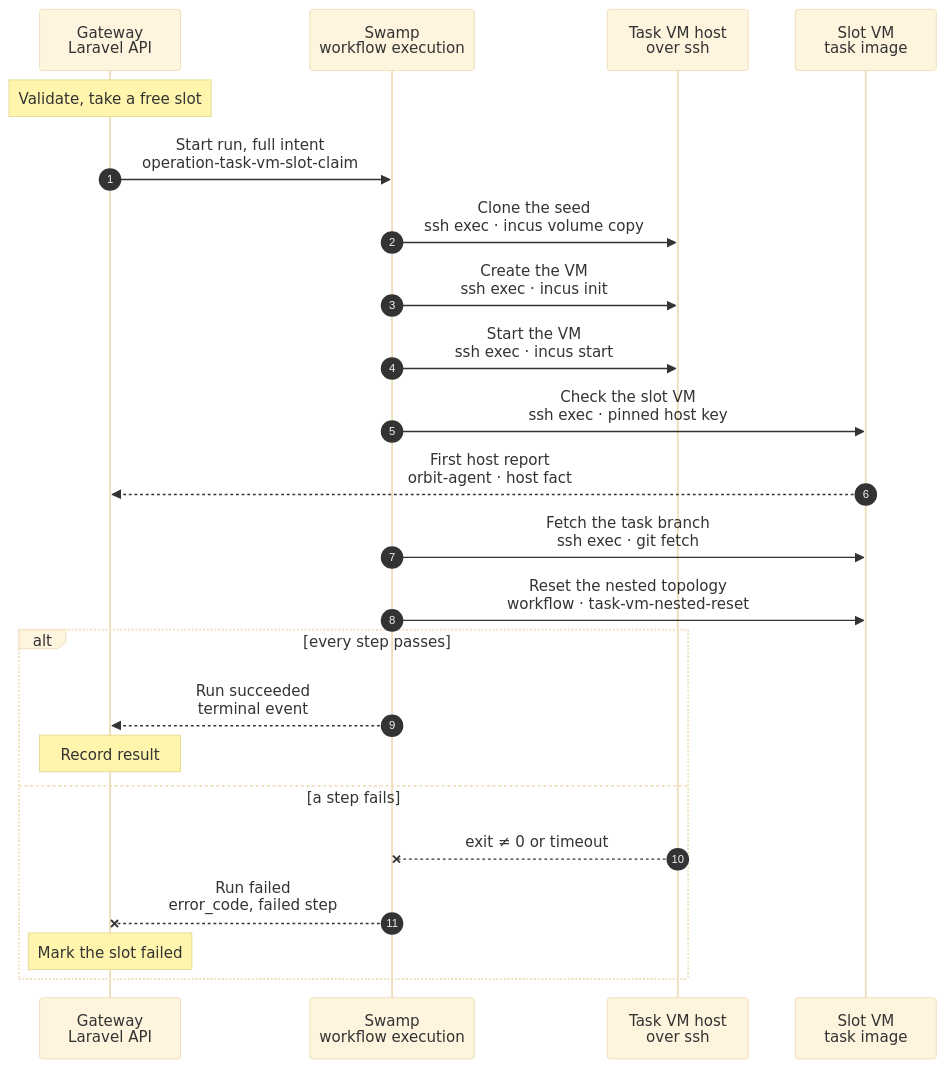
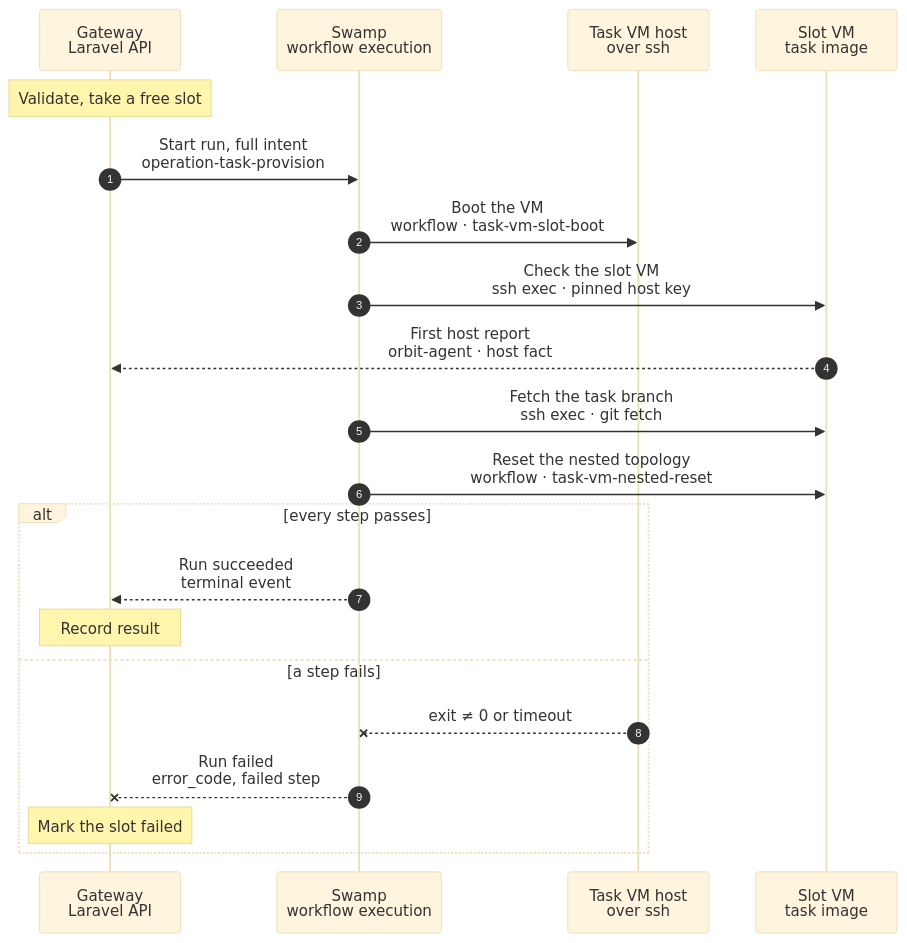
The diagram in docs/cli/tasks/vm-slot-claim.mmd (hardimpactdev/orbit), drawn with Mermaid (base theme) before and after one commit. The commit also changed 16 other files, not shown here.

First line of the commit message:
feat(task-vm): claim a task VM slot (B6 M4)

```diff
--- a/docs/cli/tasks/vm-slot-claim.mmd
+++ b/docs/cli/tasks/vm-slot-claim.mmd
@@ -1,112 +1,114 @@
 sequenceDiagram
   %% Target design: B6 slot design (migration-dashboard/drafts/task-vm-slots.md, M1), docs/reference/compute-drivers.md (Task VM slots), docs/reference/task-vm-native-provision.md, DECISIONS R1-R4.
-  %% Tightened: flow-tighten rules 1, 2, 3, 6, 9, 14, 15, 16, 20, 22 (enrolment, hub peer, keys and model key are gone from the claim; the VM steps are native argvs; one ready check that waits for the identity unit; the nested topology is one call to a shared workflow).
+  %% Tightened: flow-tighten rules 1, 2, 3, 6, 9, 14, 15, 16, 20, 22, 27 (enrolment, hub peer, keys and model key are gone from the claim; the VM steps are the boot workflow that the enrolment's proof VM uses; one ready check that waits for the identity unit; the nested topology is one call to a shared workflow).
+  %% Changed in M4: the claim is a child workflow of the task's own `tasks.provision` run, as `task-vm-provision` is; the boot is one call to `task-vm-slot-boot` (rule 27); the claim removes the slot Node's old facts; the fetch takes the start commit.
   %% status: reviewed
   %% command: none · task VM claim for a task
   %% kind: task_vm.slot_claim
   autonumber
   %% lane GW icon=gateway pill=intent tone=blue
   %% lane SW icon=workflow pill=executes tone=green
   %% lane H icon=server pill=target tone=amber
   %% lane VM icon=server pill=target tone=purple
   participant GW as Gateway<br/>Laravel API
   participant SW as Swamp<br/>workflow execution
   participant H as Task VM host<br/>over ssh
   participant VM as Slot VM<br/>task image
   Note over GW: Validate, take a free slot
   %%> Started by:
   %%> - the `tasks:provision` flow, as its first step
   %%> - there is no CLI command of its own
   %%> Requirements:
   %%> - an active task VM host has a `free` slot
   %%> - the task has no other slot
+  %%> - the host is listed in `task_vms.slot_claim_hosts` (none is by default); any other host enrols a new VM for the task, as before
   %%> - one SQLite transaction takes the slot, so two claims never get the same one
   %%> Chooses:
   %%> - the host with the most free slots, then its lowest-numbered free slot
   %%> - the current task image, or the one-day fallback image
+  %%> - a host that claims slots never creates a VM of its own; a host that does not claim slots is used only when no claiming host has a free slot
   %%> Result:
   %%> - the slot becomes `provisioning` and records the task, `claimed_at` and the image
   %%> - no Node, address, token or key is made: the slot already has them
+  %%> - the slot Node's old agent facts are removed in the same transaction (an unchanged report is never rewritten, so an old fact would stay)
   %%> - a task is recorded with the full intent
   %%> When it waits:
   %%> - no host has a free slot: the task waits (`capacity`) and starts when a slot is released
-  GW->>SW: Start run, full intent<br/>operation-task-vm-slot-claim
+  GW->>SW: Start run, full intent<br/>operation-task-provision
+  %%> Why this run:
+  %%> - the claim is the child workflow `task-vm-slot-claim`; the run's workspace steps follow it, as they follow `task-vm-provision`
   %%> Inputs:
   %%> - the slot name, host, project and pool
   %%> - the image fingerprint, the seed volume names and the resource limits
   %%> - the static bridge address and the fixed MAC
   %%> - the pinned observer and Pi digests
   %%> - the task branch and its commit
   %%> Secrets:
   %%> - none travel in this run; the identity volume on the host holds them
-  SW->>H: Clone the seed<br/>ssh exec · incus volume copy
-  %%> How:
-  %%> - one argv: copy the image's topology seed to `HOST-tvm-N-topology-seed`
-  %%> - the seed holds the three stopped nested VMs (gateway, app-dev, app-prod)
-  %%> - an existing clone is kept
-  SW->>H: Create the VM<br/>ssh exec · incus init
+  SW->>H: Boot the VM<br/>workflow · task-vm-slot-boot
   %%> What it does:
-  %%> - one argv with the instance config on stdin
-  %%> - the task image, the seed clone, the identity volume as a read-only disk at `/opt/orbit-slot`
-  %%> - the static address, the fixed MAC, the limits and the user data for the account
-  %%> Why one step:
-  %%> - the account metadata and the devices are part of the create (rule 6)
-  SW->>H: Start the VM<br/>ssh exec · incus start
-  %%> How:
-  %%> - one argv; the next step waits for the boot
+  %%> - the boot that an enrolment's proof VM uses, as ssh exec argvs on the host
+  %%> - removes a stale VM and seed clone of the slot (none exists for a free slot)
+  %%> - copies the image's topology seed to `HOST-tvm-N-topology-seed`; the seed holds the three stopped nested VMs (gateway, app-dev, app-prod)
+  %%> - creates the VM with the instance config on stdin: the task image, the seed clone, the identity volume as a read-only disk at `/opt/orbit-slot`, the static address, the fixed MAC, the limits and the user data for the account
+  %%> - starts it, then waits until the guest has its address
   SW->>VM: Check the slot VM<br/>ssh exec · pinned host key
   %%> What it does:
   %%> - runs `systemctl start orbit-slot.target && systemctl is-active --quiet orbit-slot.target`, within the boot allowance, then one command
   %%> - the observer and Pi binaries match their pinned digests
   %%> - the observer answers, and Pi answers its capabilities probe
   %%> Why:
   %%> - the identity unit installs the identity before ssh, WireGuard and the observer start, then reloads systemd and starts the target again; the target starts WireGuard, the observer and the Pi unit of the tree, with no per-VM write
   %%> - the target is bound to WireGuard and Pi, so a failed or skipped start of either fails the target, and a later stop of either takes it down
   %%> - the Incus agent answers about 4 s earlier, so it is not the signal
   %%> - there is no repair: the task image is refreshed after every release, so a digest that differs fails the step
   VM-->>GW: First host report<br/>orbit-agent · host fact
   %%> Why:
   %%> - the Gateway keeps the latest fact per Node, kind and subject
-  %%> - the release removed the old facts, so a newer `host` fact proves the new VM reports
+  %%> - the claim removed the old facts, so a `host` fact received after `claimed_at` proves the new VM reports
   SW->>VM: Fetch the task branch<br/>ssh exec · git fetch
   %%> What it does:
-  %%> - fetches the task's branch onto the checkout baked into the task image
+  %%> - fetches the task's start commit onto the checkout at the workspace path, when the task image holds one
   %%> - only the new commits travel
+  %%> - skipped for a public repository, which needs no credential; the workspace steps clone it as they do without a slot
   %%> Credential:
   %%> - the Gateway mints a short-lived GitHub token when it admits the task
   %%> - it passes the token through the vault as a key name, never as a value
-  %%> - the fetch uses the token once and does not keep it on disk
+  %%> - the fetch gets the token on stdin and in one process's environment, never in argv, and does not keep it on disk
   SW->>VM: Reset the nested topology<br/>workflow · task-vm-nested-reset
   %%> What it does:
   %%> - runs on the slot VM's own nested Incus, as `ssh exec` argvs
   %%> - copies the three ready VMs (gateway, app-dev, app-prod) from the stopped originals in the seed clone (btrfs copy, seconds)
   %%> - starts them
   %%> - applies the candidate code: migrations, then a Swamp reload
   %%> - one readiness check: fresh agent facts from the nested Nodes, and the nested Gateway answers on `10.45.0.1`
+  %%> When it runs:
+  %%> - only while the Gateway setting `nested_reset` is on; it is off, and the step is skipped, until the workflow lands with B3/B4 (a placeholder workflow fails if the setting is turned on early)
   %%> Why one call:
   %%> - one shared workflow keeps the claim short
   %%> - it touches only the three nested VMs
   alt every step passes
     SW-->>GW: Run succeeded<br/>terminal event
     %%> How the Gateway learns it:
     %%> - its run reader sees the terminal event; Swamp never calls the Gateway
     Note over GW: Record result
     %%> Result:
-    %%> - the slot becomes `ready` once a `host` fact newer than `claimed_at` has arrived
+    %%> - the slot becomes `ready` once a `host` fact received after `claimed_at` has arrived; the workspace steps run first, so the first report is normally in
+    %%> - when none has arrived, the task fails with `task_vm.slot_not_reporting` and the slot becomes `failed`
     %%> - the task succeeds, with the nested topology up on the candidate code
     %%> Next:
     %%> - the `tasks:provision` flow sets up the workspace on the slot's Node
   else a step fails
     H--xSW: exit ≠ 0 or timeout
     %%> When:
     %%> - a host command, the ready check, the boot allowance, the fetch or the nested reset fails
     SW--xGW: Run failed<br/>error_code, failed step
     Note over GW: Mark the slot failed
     %%> Result:
     %%> - the slot is `failed`, so no claim can take it, and an alert fires
     %%> - the task fails and the group asks for assistance
     %%> On the host:
     %%> - the VM (with its nested VMs) and the seed clone stay until the release runs; there is no rollback
     %%> Retry:
     %%> - cancel the group; `task_vm.slot_release` deletes the VM and frees the slot, and a new claim starts a new task
   end
```
